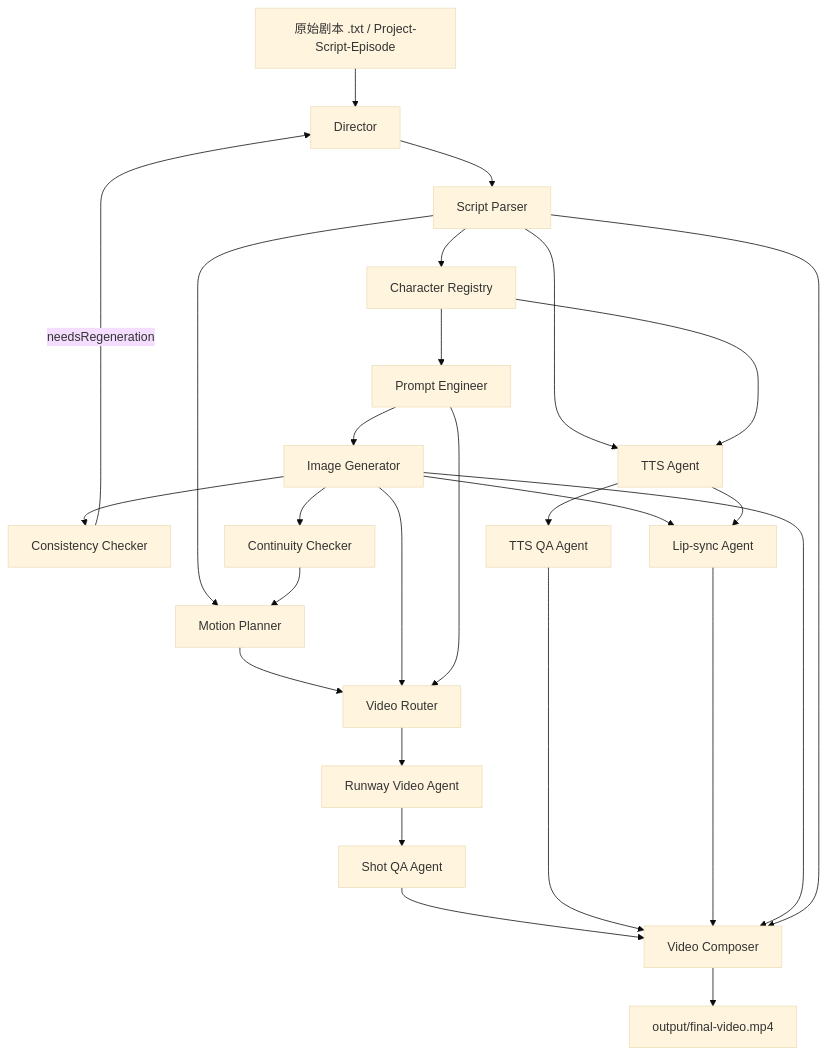
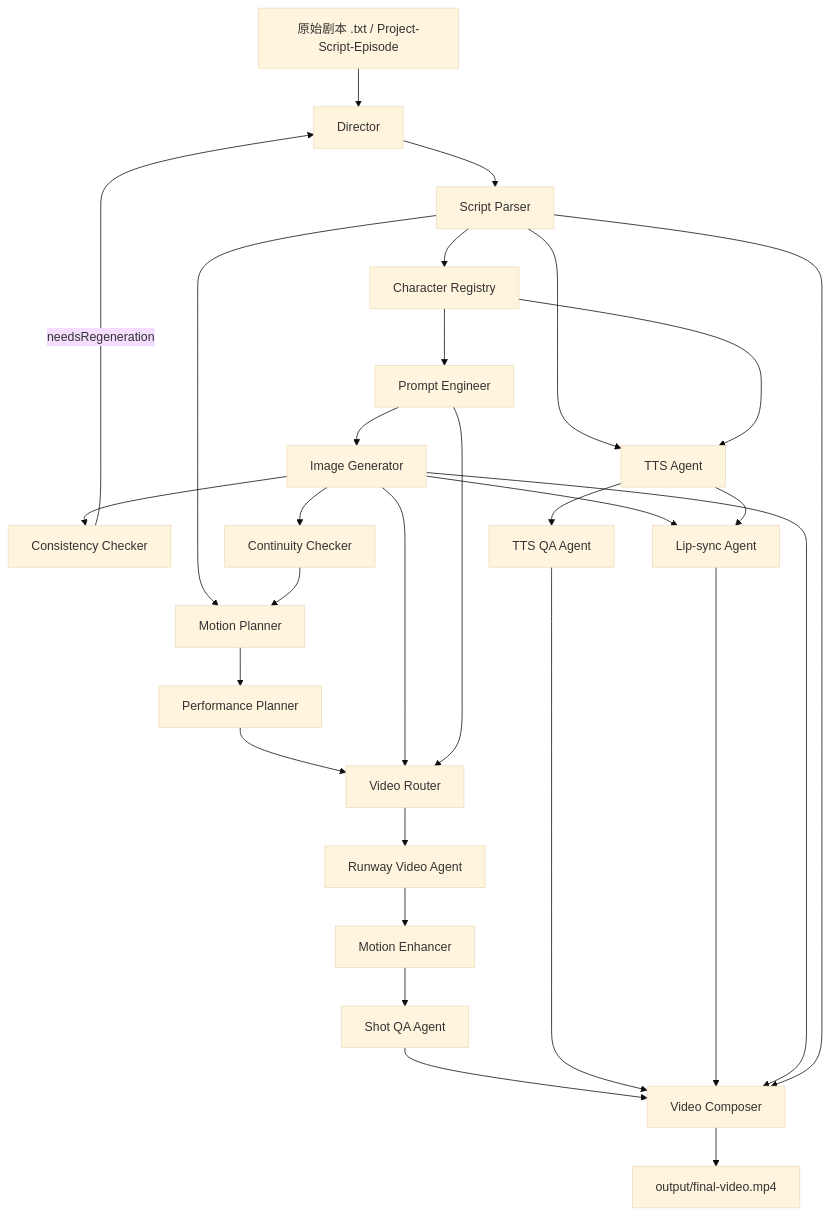
Before and after one commit to OliverPanda/AI-video-factory-pro: the first of 3 diagrams in docs/agents/agent-io-map.md, drawn with Mermaid (base theme). The commit also changed other lines of this file and 26 other files, not shown here.

````diff
--- a/docs/agents/agent-io-map.md
+++ b/docs/agents/agent-io-map.md
@@ -10,29 +10,31 @@
 ```mermaid
 flowchart TD
     A[原始剧本 .txt / Project-Script-Episode] --> B[Director]
     B --> C[Script Parser]
     C --> D[Character Registry]
     D --> E[Prompt Engineer]
     E --> F[Image Generator]
     F --> G[Consistency Checker]
     G -->|needsRegeneration| B
     F --> H[Continuity Checker]
     C --> I[Motion Planner]
     H --> I
-    I --> J[Video Router]
-    F --> J
-    E --> J
-    J --> K[Runway Video Agent]
-    K --> L[Shot QA Agent]
-    C --> M[TTS Agent]
-    D --> M
-    M --> N[TTS QA Agent]
-    F --> O[Lip-sync Agent]
-    M --> O
-    L --> P[Video Composer]
-    N --> P
-    O --> P
-    F --> P
-    C --> P
-    P --> Q[output/final-video.mp4]
+    I --> J[Performance Planner]
+    J --> K[Video Router]
+    F --> K
+    E --> K
+    K --> L[Runway Video Agent]
+    L --> M[Motion Enhancer]
+    M --> N[Shot QA Agent]
+    C --> O[TTS Agent]
+    D --> O
+    O --> P[TTS QA Agent]
+    F --> Q[Lip-sync Agent]
+    O --> Q
+    N --> R[Video Composer]
+    P --> R
+    Q --> R
+    F --> R
+    C --> R
+    R --> S[output/final-video.mp4]
 ```
````
